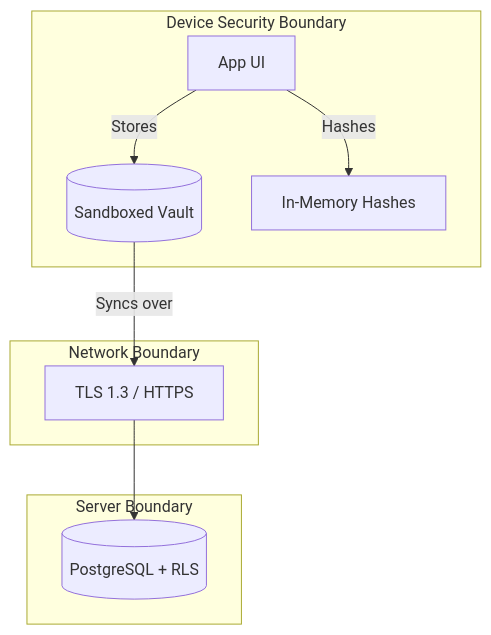
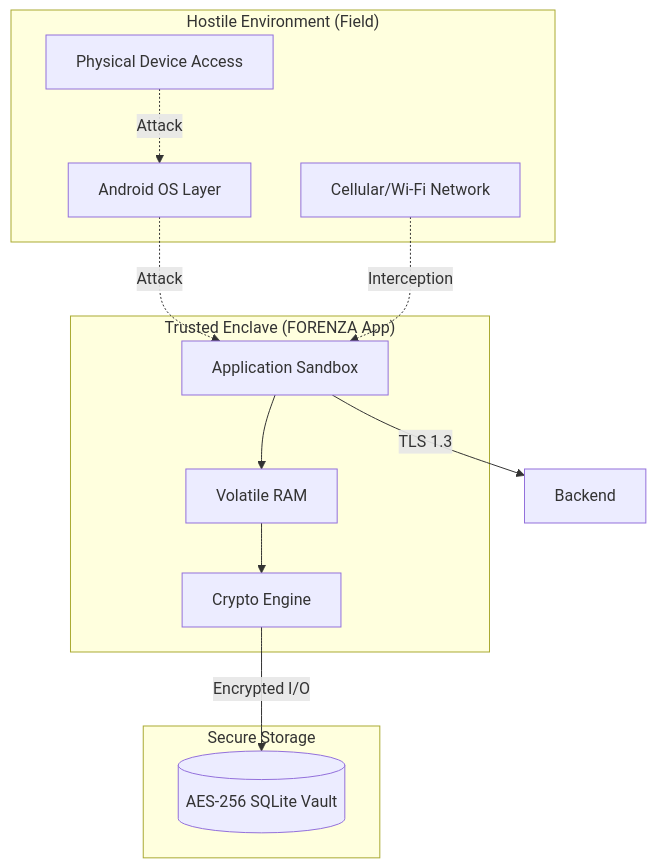
Before and after one commit to Ti838/FORENZA-app: the diagram in docs/ANDROID_SECURITY.md, drawn with Mermaid. The commit also changed other lines of this file and 4 other files, not shown here.

Commit message:
docs: upgrade android documentation to professional styling with diagrams

````diff
--- a/docs/ANDROID_SECURITY.md
+++ b/docs/ANDROID_SECURITY.md
@@ -24,21 +14,27 @@
 ```mermaid
 graph TD
-    subgraph Device Security Boundary
-        UI[App UI]
-        Vault[(Sandboxed Vault)]
-        Mem[In-Memory Hashes]
+    subgraph "Hostile Environment (Field)"
+        Physical[Physical Device Access]
+        OS[Android OS Layer]
+        Network[Cellular/Wi-Fi Network]
     end
+
+    subgraph "Trusted Enclave (FORENZA App)"
+        Memory[Volatile RAM]
+        AppSandbox[Application Sandbox]
+        Crypto[Crypto Engine]
+    end
+
+    subgraph "Secure Storage"
+        EncryptedDB[(AES-256 SQLite Vault)]
+    end
+
+    Physical -. Attack .-> OS
+    OS -. Attack .-> AppSandbox
+    Network -. Interception .-> AppSandbox
     
-    subgraph Network Boundary
-        TLS[TLS 1.3 / HTTPS]
-    end
-    
-    subgraph Server Boundary
-        Supabase[(PostgreSQL + RLS)]
-    end
-    
-    UI -->|Stores| Vault
-    UI -->|Hashes| Mem
-    Vault -->|Syncs over| TLS
-    TLS --> Supabase
+    AppSandbox -- TLS 1.3 --> Backend
+    AppSandbox --> Memory
+    Memory --> Crypto
+    Crypto -- Encrypted I/O --> EncryptedDB
 ```
````
